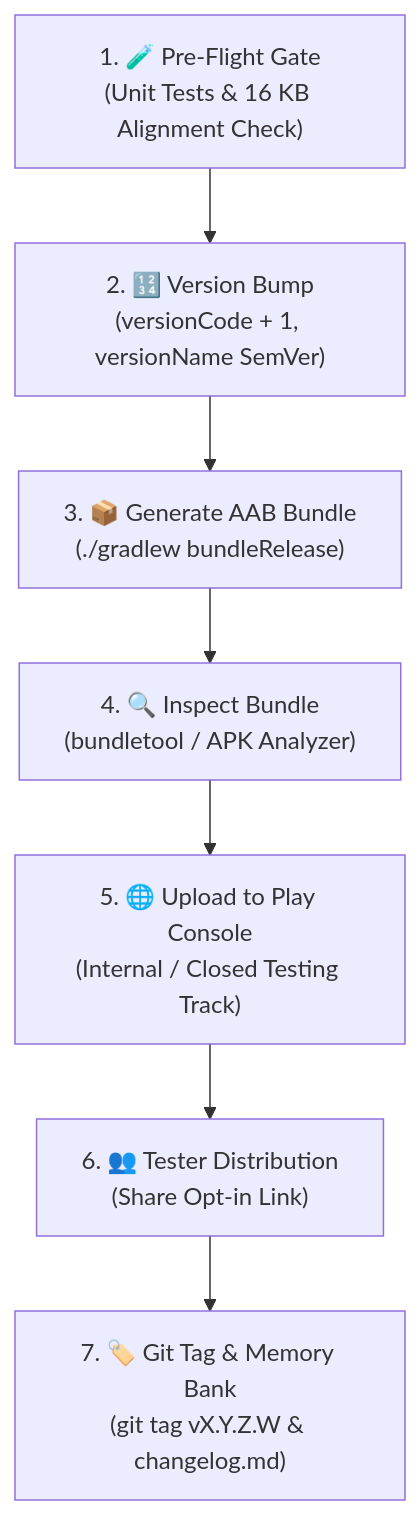
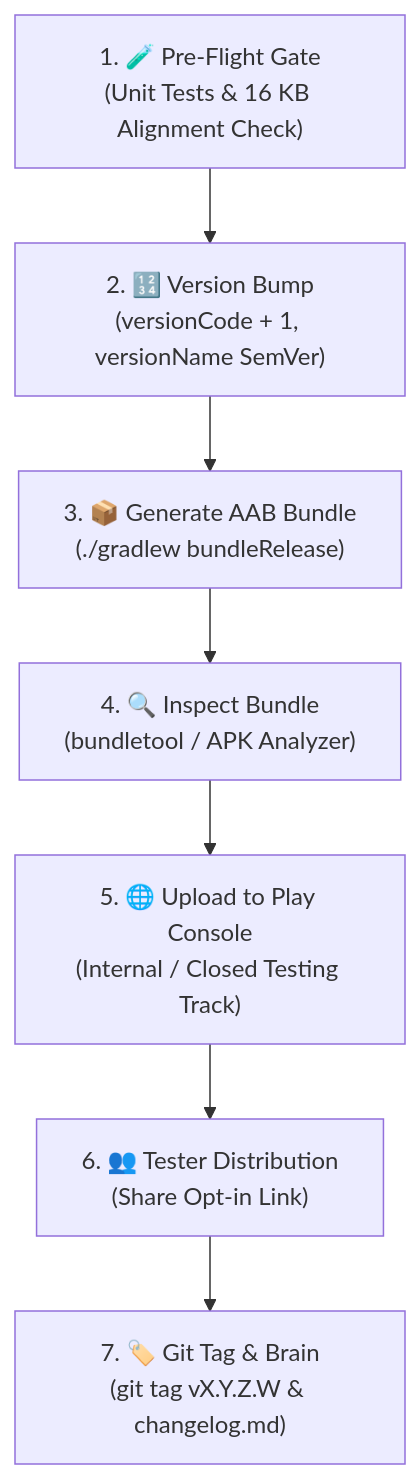
One commit to ClawStackStudios/ShellGuard-Mobile changed the diagram in .agents/workflows/draft-release.md. Above: the diagram before and after it, drawn with Mermaid. The commit also changed other lines of this file and 47 other files, not shown here.

````diff
--- a/.agents/workflows/draft-release.md
+++ b/.agents/workflows/draft-release.md
@@ -14,12 +14,12 @@
 ```mermaid
 flowchart TD
     PreFlight["1. 🧪 Pre-Flight Gate<br/>(Unit Tests & 16 KB Alignment Check)"]
     Version["2. 🔢 Version Bump<br/>(versionCode + 1, versionName SemVer)"]
     Bundle["3. 📦 Generate AAB Bundle<br/>(./gradlew bundleRelease)"]
     Validate["4. 🔍 Inspect Bundle<br/>(bundletool / APK Analyzer)"]
     Upload["5. 🌐 Upload to Play Console<br/>(Internal / Closed Testing Track)"]
     Rollout["6. 👥 Tester Distribution<br/>(Share Opt-in Link)"]
-    Tag["7. 🏷️ Git Tag & Memory Bank<br/>(git tag vX.Y.Z.W & changelog.md)"]
+    Tag["7. 🏷️ Git Tag & Brain<br/>(git tag vX.Y.Z.W & changelog.md)"]
 
     PreFlight --> Version --> Bundle --> Validate --> Upload --> Rollout --> Tag
 ```
````
